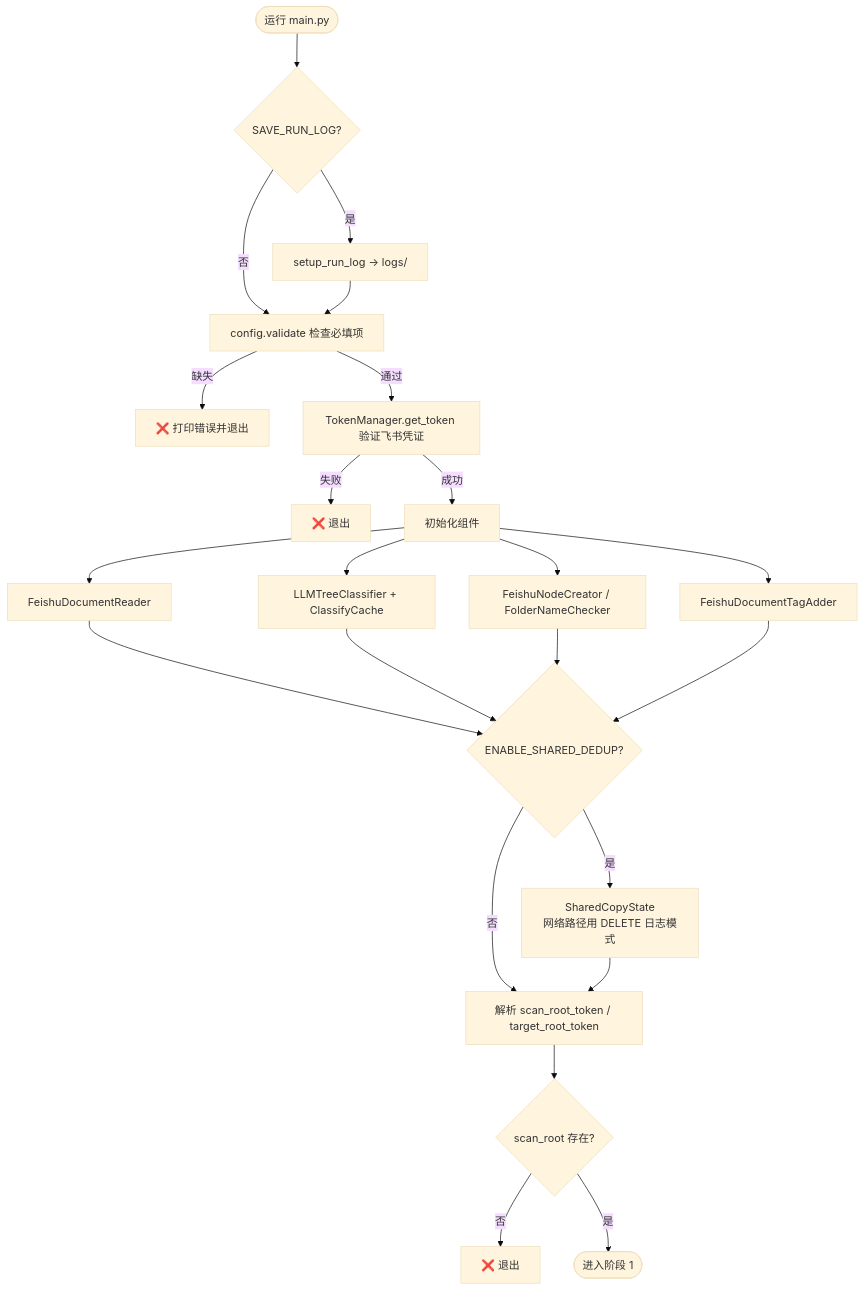
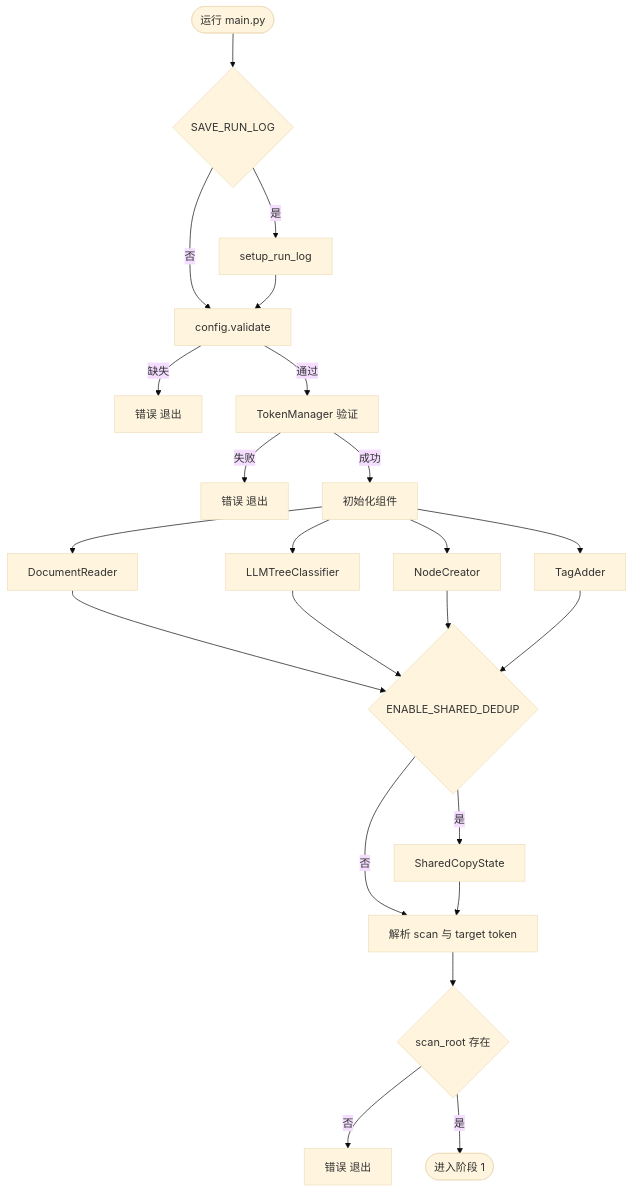
The second of 11 diagrams in docs/AI_DocClassifier说明文档.md (Leonard49/AI_DocClassifier), drawn with Mermaid (base theme) before and after one commit. The commit also changed other lines of this file and 1 other file, not shown here.

First line of the commit message:
Fix Mermaid flowcharts in docs and enable preview in workspace settings.

````diff
--- a/docs/AI_DocClassifier说明文档.md
+++ b/docs/AI_DocClassifier说明文档.md
@@ -556,27 +572,27 @@
 ```mermaid
 flowchart TD
-    S0([运行 main.py]) --> S1{SAVE_RUN_LOG?}
-    S1 -->|是| S2[setup_run_log → logs/]
+    S0([运行 main.py]) --> S1{SAVE_RUN_LOG}
+    S1 -->|是| S2[setup_run_log]
     S1 -->|否| S3
-    S2 --> S3[config.validate 检查必填项]
-    S3 -->|缺失| S3E[❌ 打印错误并退出]
-    S3 -->|通过| S4[TokenManager.get_token 验证飞书凭证]
+    S2 --> S3[config.validate]
+    S3 -->|缺失| S3E[错误 退出]
+    S3 -->|通过| S4[TokenManager 验证]
 
-    S4 -->|失败| S4E[❌ 退出]
+    S4 -->|失败| S4E[错误 退出]
     S4 -->|成功| S5[初始化组件]
-    S5 --> S5A[FeishuDocumentReader]
-    S5 --> S5B[LLMTreeClassifier + ClassifyCache]
-    S5 --> S5C[FeishuNodeCreator / FolderNameChecker]
-    S5 --> S5D[FeishuDocumentTagAdder]
+    S5 --> S5A[DocumentReader]
+    S5 --> S5B[LLMTreeClassifier]
+    S5 --> S5C[NodeCreator]
+    S5 --> S5D[TagAdder]
 
-    S5A --> S6{ENABLE_SHARED_DEDUP?}
+    S5A --> S6{ENABLE_SHARED_DEDUP}
     S5B --> S6
     S5C --> S6
     S5D --> S6
-    S6 -->|是| S7[SharedCopyState<br/>网络路径用 DELETE 日志模式]
+    S6 -->|是| S7[SharedCopyState]
     S6 -->|否| S8
-    S7 --> S8[解析 scan_root_token / target_root_token]
-    S8 --> S8A{scan_root 存在?}
-    S8A -->|否| S8E[❌ 退出]
+    S7 --> S8[解析 scan 与 target token]
+    S8 --> S8A{scan_root 存在}
+    S8A -->|否| S8E[错误 退出]
     S8A -->|是| S9([进入阶段 1])
 ```
````
